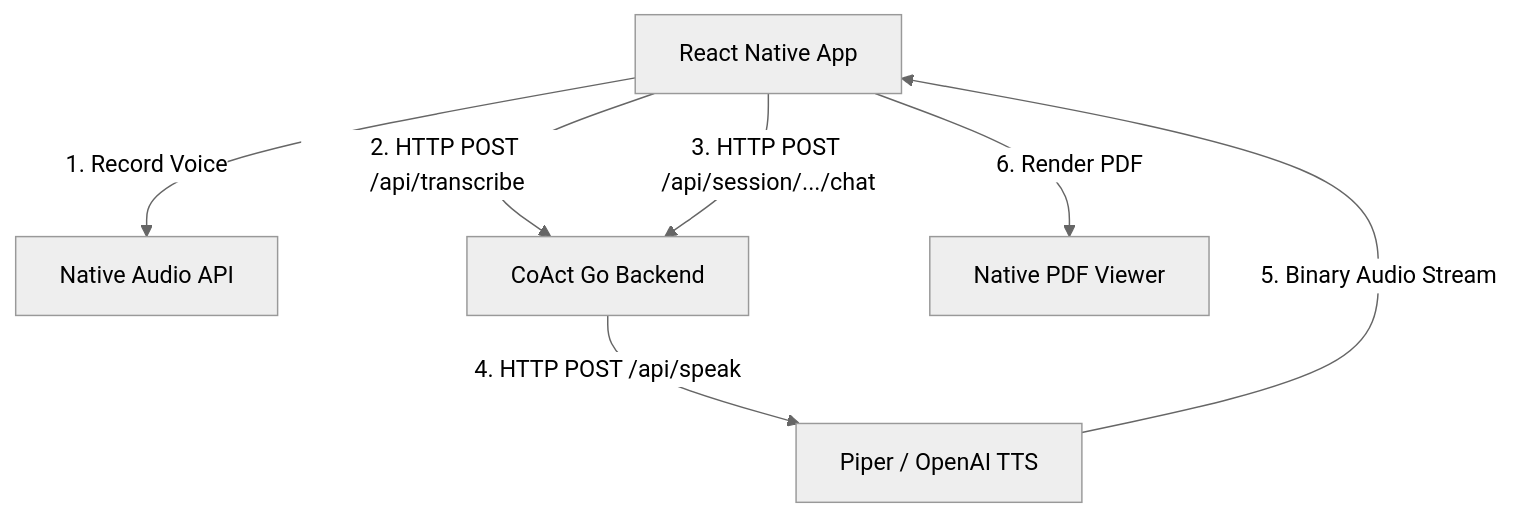
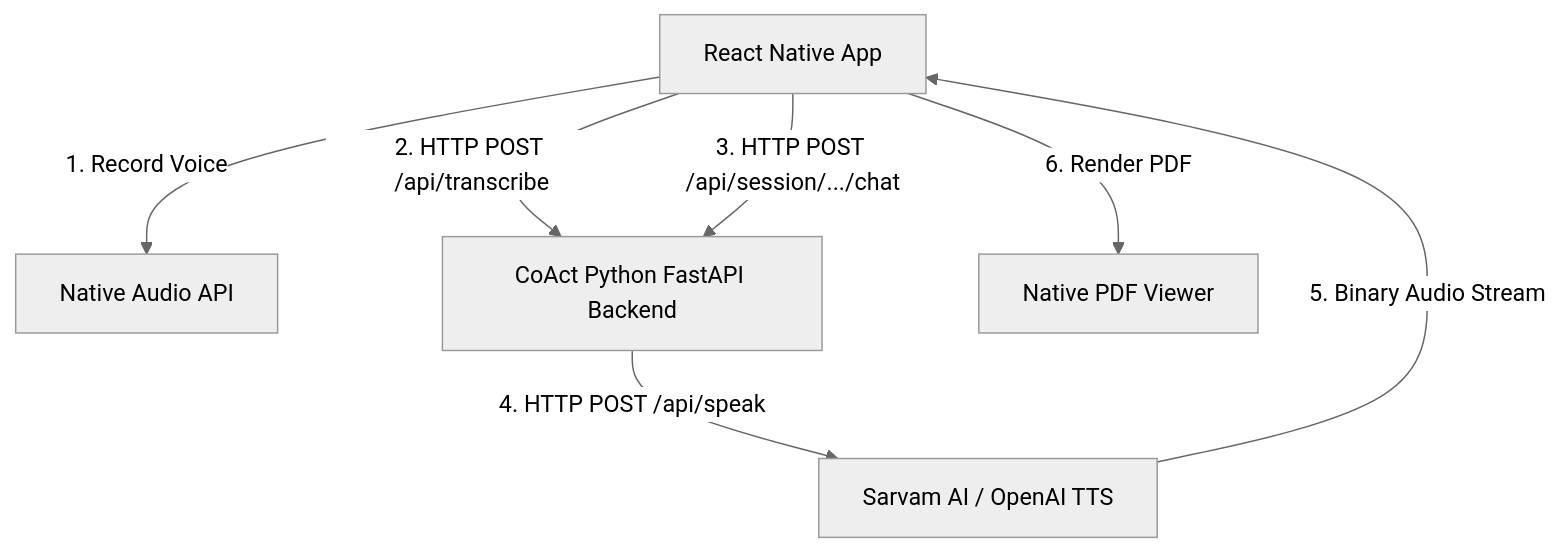
One commit to suyashB45/COACT-AI changed the diagram in MOBILE_REACT_NATIVE_BLUEPRINT.md. Above: the diagram before and after it, drawn with Mermaid (neutral theme). The commit also changed other lines of this file, not shown here.

Commit message:
docs: update mobile blueprint to reflect migration from Go to Python FastAPI and updated TTS providers

````diff
--- a/MOBILE_REACT_NATIVE_BLUEPRINT.md
+++ b/MOBILE_REACT_NATIVE_BLUEPRINT.md
@@ -11,9 +11,9 @@
 ```mermaid
 graph TD
     A[React Native App] -->|1. Record Voice| B[Native Audio API]
-    A -->|2. HTTP POST /api/transcribe| C[CoAct Go Backend]
+    A -->|2. HTTP POST /api/transcribe| C[CoAct Python FastAPI Backend]
     A -->|3. HTTP POST /api/session/.../chat| C
-    C -->|4. HTTP POST /api/speak| D[Piper / OpenAI TTS]
+    C -->|4. HTTP POST /api/speak| D[Sarvam AI / OpenAI TTS]
     D -->|5. Binary Audio Stream| A
     A -->|6. Render PDF| E[Native PDF Viewer]
 ```
````
